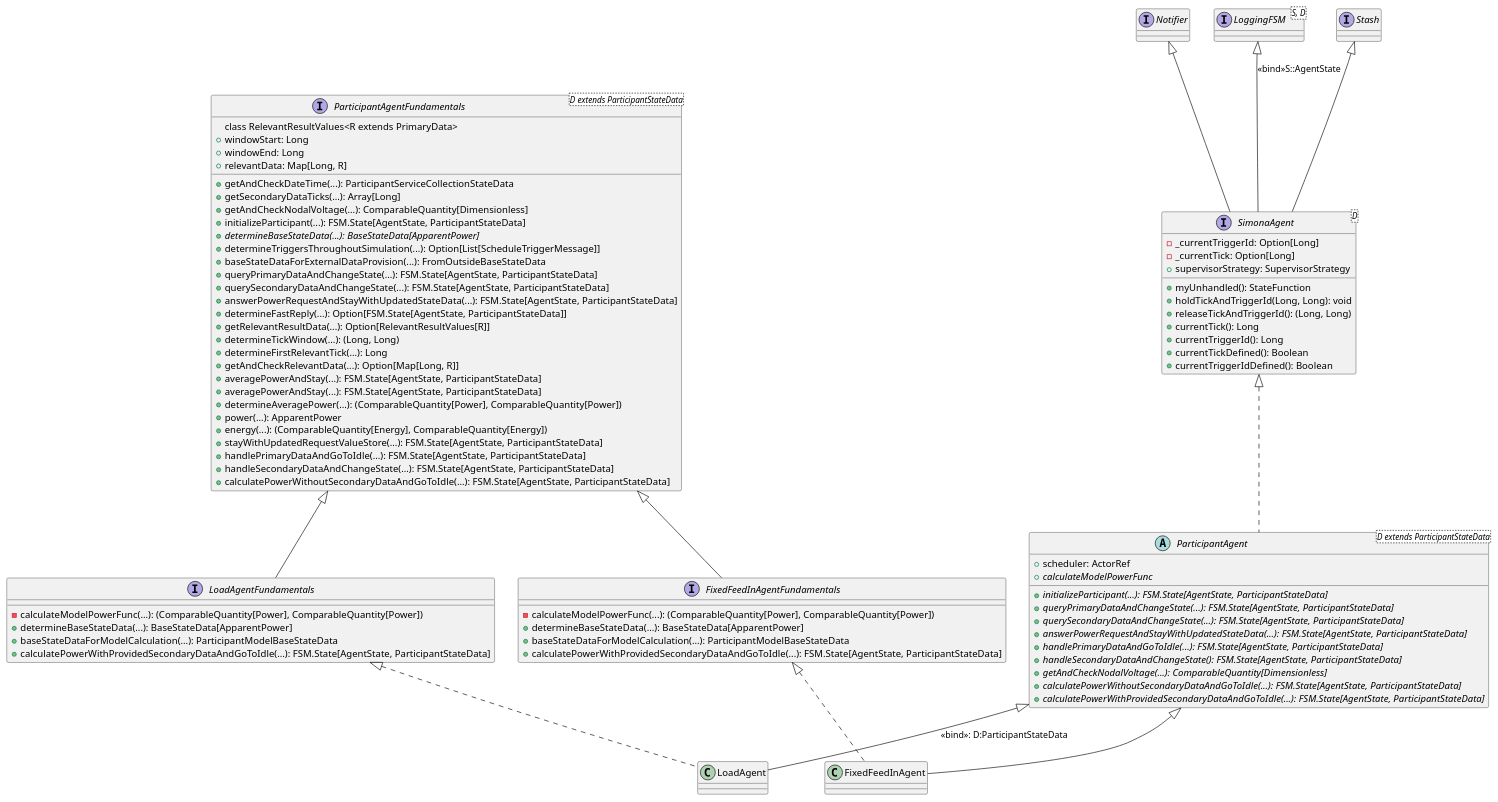
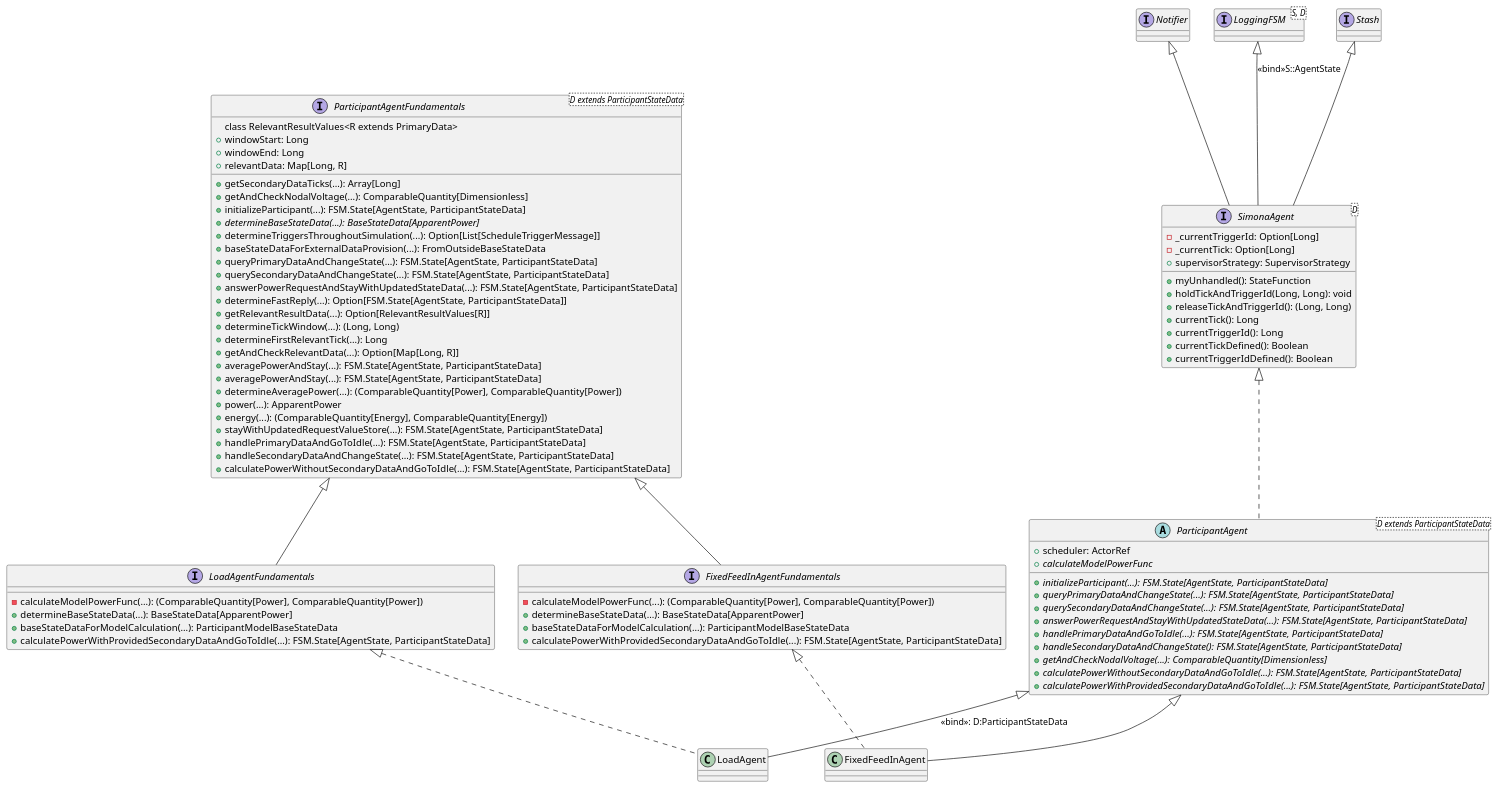
The diagram in docs/uml/main/ParticipantInheritance.puml (ie3-institute/simona), drawn with PlantUML before and after one commit. The commit also changed 1 other file, not shown here.

```diff
--- a/docs/uml/main/ParticipantInheritance.puml
+++ b/docs/uml/main/ParticipantInheritance.puml
@@ -1,92 +1,91 @@
 @startuml
  interface Notifier
  interface LoggingFSM<S, D>
  interface Stash
 
  interface SimonaAgent<D> {
     - _currentTriggerId: Option[Long]
     - _currentTick: Option[Long]
     + supervisorStrategy: SupervisorStrategy
     + myUnhandled(): StateFunction
     + holdTickAndTriggerId(Long, Long): void
     + releaseTickAndTriggerId(): (Long, Long)
     + currentTick(): Long
     + currentTriggerId(): Long
     + currentTickDefined(): Boolean
     + currentTriggerIdDefined(): Boolean
  }
 
  Stash <|-- SimonaAgent
  LoggingFSM <|-- SimonaAgent: <<bind>>S::AgentState
  Notifier <|-- SimonaAgent
 
  interface ParticipantAgentFundamentals<D extends ParticipantStateData> {
-    + getAndCheckDateTime(...): ParticipantServiceCollectionStateData
     + getSecondaryDataTicks(...): Array[Long]
     + getAndCheckNodalVoltage(...): ComparableQuantity[Dimensionless]
     + initializeParticipant(...): FSM.State[AgentState, ParticipantStateData]
     + {abstract} determineBaseStateData(...): BaseStateData[ApparentPower]
     + determineTriggersThroughoutSimulation(...): Option[List[ScheduleTriggerMessage]]
     + baseStateDataForExternalDataProvision(...): FromOutsideBaseStateData
     + queryPrimaryDataAndChangeState(...): FSM.State[AgentState, ParticipantStateData]
     + querySecondaryDataAndChangeState(...): FSM.State[AgentState, ParticipantStateData]
     + answerPowerRequestAndStayWithUpdatedStateData(...): FSM.State[AgentState, ParticipantStateData]
     + determineFastReply(...): Option[FSM.State[AgentState, ParticipantStateData]]
     + getRelevantResultData(...): Option[RelevantResultValues[R]]
     + determineTickWindow(...): (Long, Long)
     + determineFirstRelevantTick(...): Long
     + getAndCheckRelevantData(...): Option[Map[Long, R]]
     + averagePowerAndStay(...): FSM.State[AgentState, ParticipantStateData]
     + averagePowerAndStay(...): FSM.State[AgentState, ParticipantStateData]
     + determineAveragePower(...): (ComparableQuantity[Power], ComparableQuantity[Power])
     + power(...): ApparentPower
     + energy(...): (ComparableQuantity[Energy], ComparableQuantity[Energy])
     + stayWithUpdatedRequestValueStore(...): FSM.State[AgentState, ParticipantStateData]
     + handlePrimaryDataAndGoToIdle(...): FSM.State[AgentState, ParticipantStateData]
     + handleSecondaryDataAndChangeState(...): FSM.State[AgentState, ParticipantStateData]
     + calculatePowerWithoutSecondaryDataAndGoToIdle(...): FSM.State[AgentState, ParticipantStateData]
     class RelevantResultValues<R extends PrimaryData>
         + windowStart: Long
         + windowEnd: Long
         + relevantData: Map[Long, R]
  }
 
  interface LoadAgentFundamentals {
     - calculateModelPowerFunc(...): (ComparableQuantity[Power], ComparableQuantity[Power])
     + determineBaseStateData(...): BaseStateData[ApparentPower]
     + baseStateDataForModelCalculation(...): ParticipantModelBaseStateData
     + calculatePowerWithProvidedSecondaryDataAndGoToIdle(...): FSM.State[AgentState, ParticipantStateData]
  }
 
  interface FixedFeedInAgentFundamentals {
     - calculateModelPowerFunc(...): (ComparableQuantity[Power], ComparableQuantity[Power])
     + determineBaseStateData(...): BaseStateData[ApparentPower]
     + baseStateDataForModelCalculation(...): ParticipantModelBaseStateData
     + calculatePowerWithProvidedSecondaryDataAndGoToIdle(...): FSM.State[AgentState, ParticipantStateData]
  }
 
  abstract class ParticipantAgent<D extends ParticipantStateData> {
     + scheduler: ActorRef
     + {abstract} calculateModelPowerFunc
     + {abstract} initializeParticipant(...): FSM.State[AgentState, ParticipantStateData]
     + {abstract} queryPrimaryDataAndChangeState(...): FSM.State[AgentState, ParticipantStateData]
     + {abstract} querySecondaryDataAndChangeState(...): FSM.State[AgentState, ParticipantStateData]
     + {abstract} answerPowerRequestAndStayWithUpdatedStateData(...): FSM.State[AgentState, ParticipantStateData]
     + {abstract} handlePrimaryDataAndGoToIdle(...): FSM.State[AgentState, ParticipantStateData]
     + {abstract} handleSecondaryDataAndChangeState(): FSM.State[AgentState, ParticipantStateData]
     + {abstract} getAndCheckNodalVoltage(...): ComparableQuantity[Dimensionless]
     + {abstract} calculatePowerWithoutSecondaryDataAndGoToIdle(...): FSM.State[AgentState, ParticipantStateData]
     + {abstract} calculatePowerWithProvidedSecondaryDataAndGoToIdle(...): FSM.State[AgentState, ParticipantStateData]
  }
  SimonaAgent <|.. ParticipantAgent
 
  Class LoadAgent
  ParticipantAgent <|-- LoadAgent: <<bind>>: D:ParticipantStateData
  LoadAgentFundamentals <|.. LoadAgent
 
  Class FixedFeedInAgent
  ParticipantAgent <|-- FixedFeedInAgent
  ParticipantAgentFundamentals <|-- LoadAgentFundamentals
  ParticipantAgentFundamentals <|-- FixedFeedInAgentFundamentals
  FixedFeedInAgentFundamentals <|.. FixedFeedInAgent
 @enduml
```
